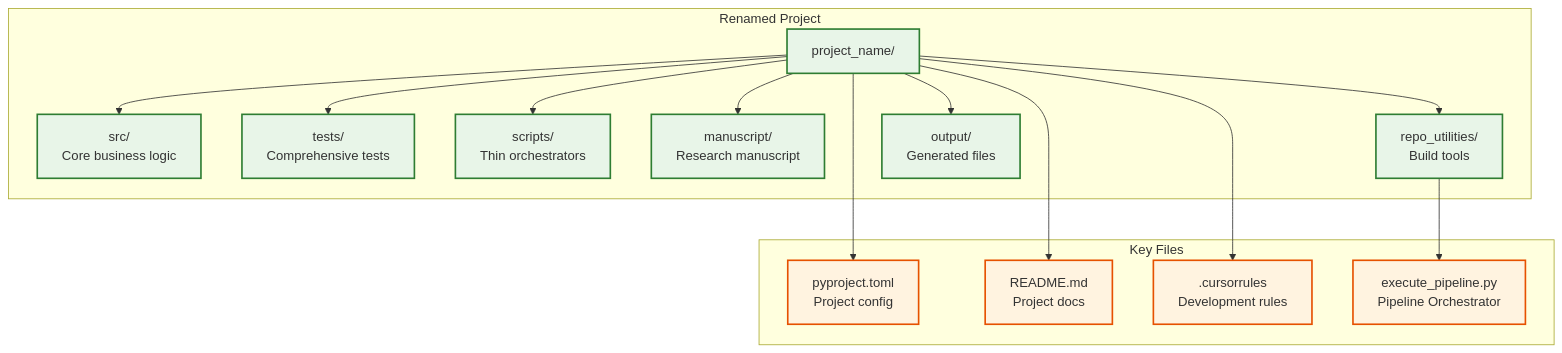
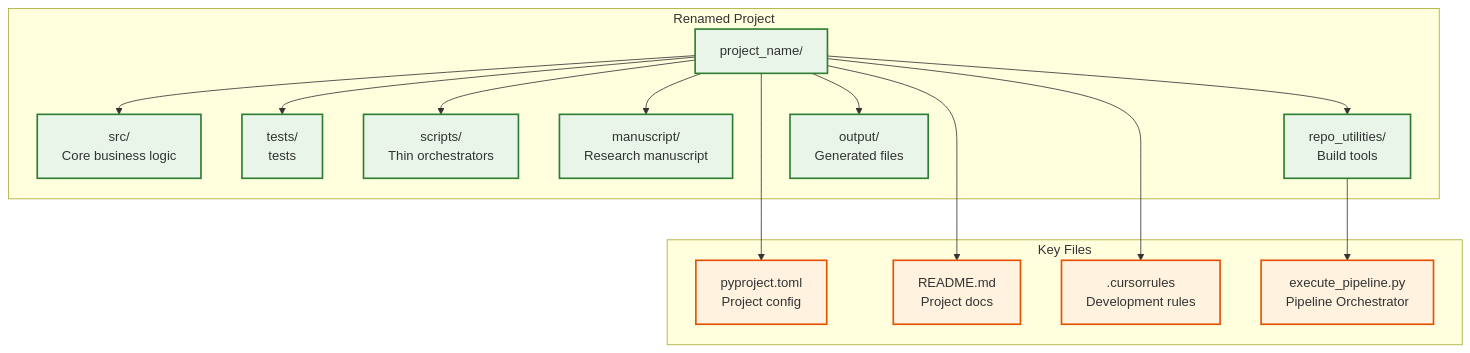
One commit to docxology/template changed the first of 2 diagrams in docs/usage/EXAMPLES.md. Above: the diagram before and after it, drawn with Mermaid. The commit also changed other lines of this file and 1586 other files, not shown here.

````diff
--- a/docs/usage/EXAMPLES.md
+++ b/docs/usage/EXAMPLES.md
@@ -79,37 +79,37 @@
 ```mermaid
 graph TB
     subgraph "Renamed Project"
         ROOT[project_name/]
         SRC[src/<br/>Core business logic]
-        TESTS[tests/<br/>Comprehensive tests]
+        TESTS[tests/<br/>tests]
         SCRIPTS[scripts/<br/>Thin orchestrators]
         MANUSCRIPT[manuscript/<br/>Research manuscript]
         REPO_UTILS[repo_utilities/<br/>Build tools]
         OUTPUT[output/<br/>Generated files]
     end
     
     subgraph "Key Files"
         PYPROJECT[pyproject.toml<br/>Project config]
         README[README.md<br/>Project docs]
         CURSORRULES[.cursorrules<br/>Development rules]
         RENDER[execute_pipeline.py<br/>Pipeline Orchestrator]
     end
     
     ROOT --> SRC
     ROOT --> TESTS
     ROOT --> SCRIPTS
     ROOT --> MANUSCRIPT
     ROOT --> REPO_UTILS
     ROOT --> OUTPUT
     
     ROOT --> PYPROJECT
     ROOT --> README
     ROOT --> CURSORRULES
     REPO_UTILS --> RENDER
     
     classDef dir fill:#e8f5e8,stroke:#2e7d32,stroke-width:2px
     classDef file fill:#fff3e0,stroke:#e65100,stroke-width:2px
     
     class ROOT,SRC,TESTS,SCRIPTS,MANUSCRIPT,REPO_UTILS,OUTPUT dir
     class PYPROJECT,README,CURSORRULES,RENDER file
 ```
````
